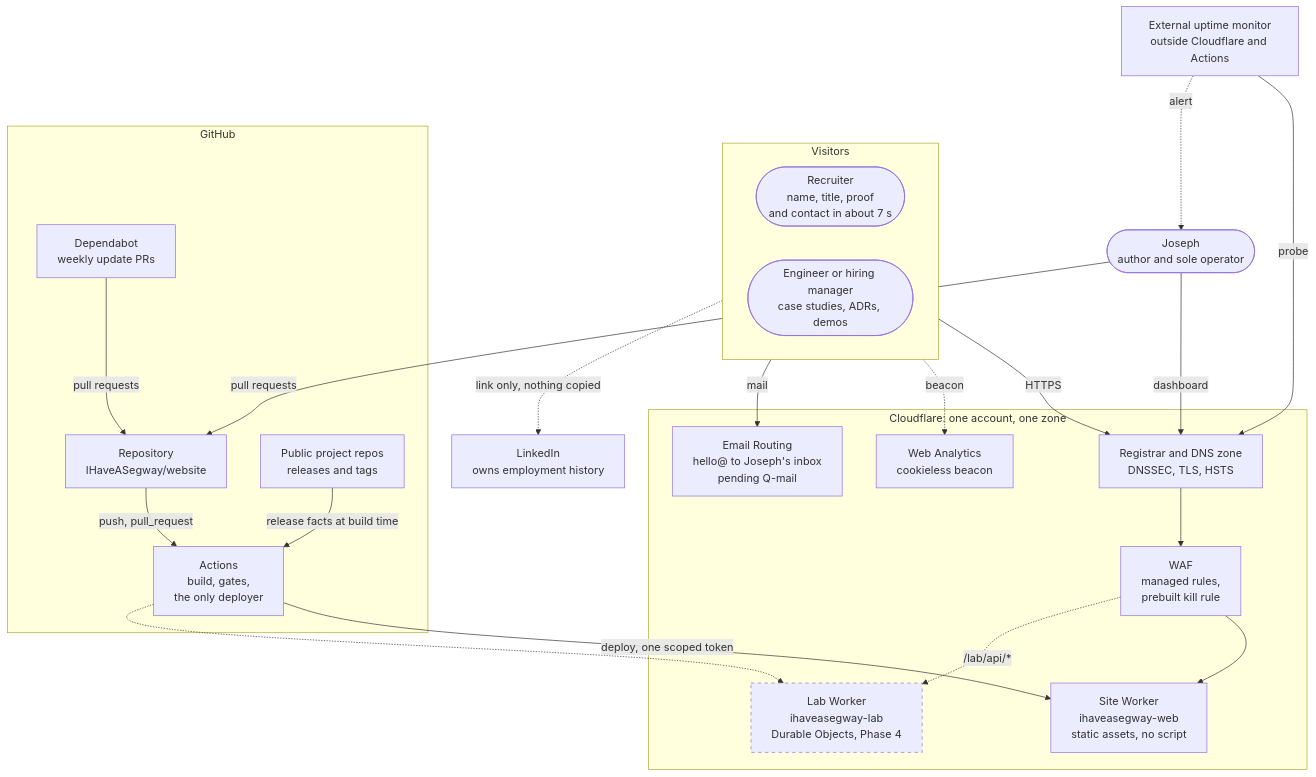
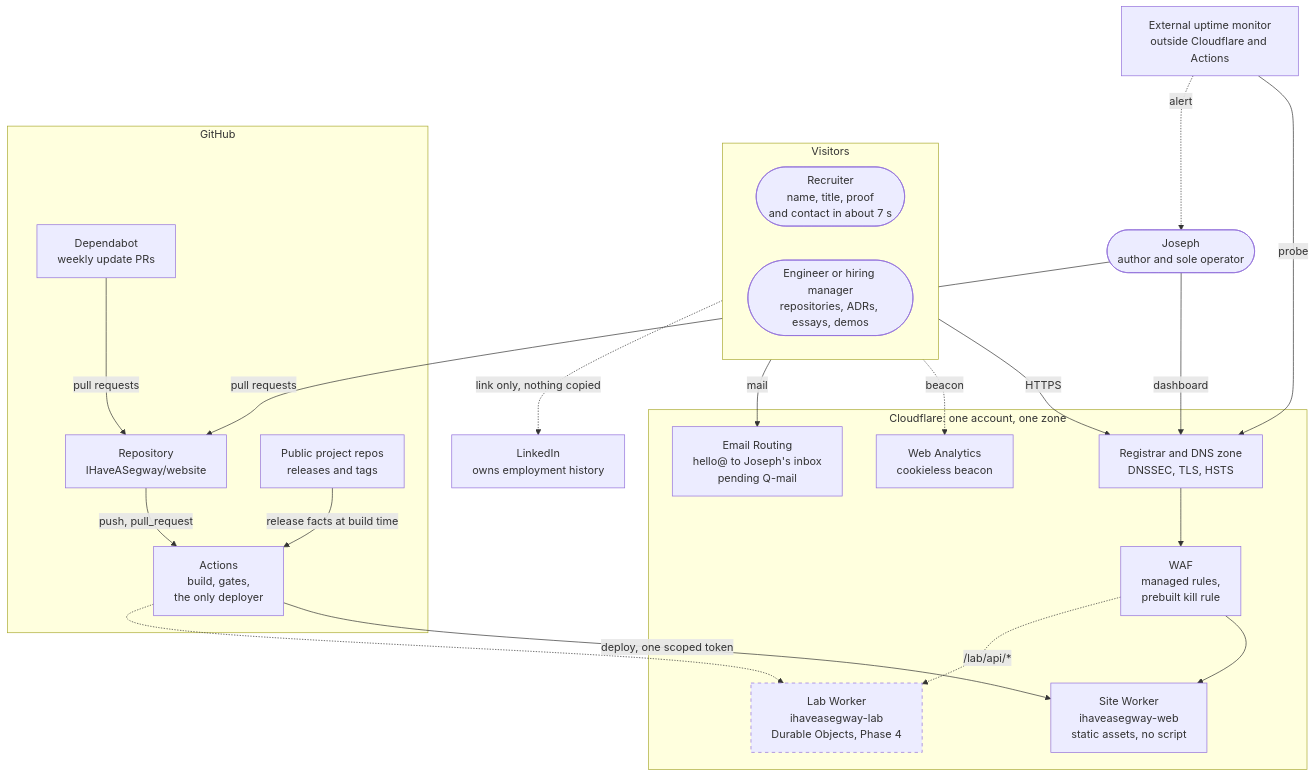
Before and after one commit to IHaveASegway/website: the first of 5 diagrams in docs/architecture.md, drawn with Mermaid. The commit also changed other lines of this file and 14 other files, not shown here.

````diff
--- a/docs/architecture.md
+++ b/docs/architecture.md
@@ -19,46 +19,46 @@
 ```mermaid
 flowchart TB
   subgraph visitors ["Visitors"]
     recruiter(["Recruiter<br/>name, title, proof<br/>and contact in about 7 s"])
-    engineer(["Engineer or hiring manager<br/>case studies, ADRs, demos"])
+    engineer(["Engineer or hiring manager<br/>repositories, ADRs, essays, demos"])
   end
   joseph(["Joseph<br/>author and sole operator"])
   linkedin["LinkedIn<br/>owns employment history"]
   uptime["External uptime monitor<br/>outside Cloudflare and Actions"]
 
   subgraph cloudflare ["Cloudflare: one account, one zone"]
     zone["Registrar and DNS zone<br/>DNSSEC, TLS, HSTS"]
     waf["WAF<br/>managed rules,<br/>prebuilt kill rule"]
     web["Site Worker<br/>ihaveasegway-web<br/>static assets, no script"]
     lab["Lab Worker<br/>ihaveasegway-lab<br/>Durable Objects, Phase 4"]
     analytics["Web Analytics<br/>cookieless beacon"]
     mail["Email Routing<br/>hello@ to Joseph's inbox<br/>pending Q-mail"]
   end
 
   subgraph github ["GitHub"]
     repo["Repository<br/>IHaveASegway/website"]
     actions["Actions<br/>build, gates,<br/>the only deployer"]
     dependabot["Dependabot<br/>weekly update PRs"]
     projects["Public project repos<br/>releases and tags"]
   end
 
   visitors -->|"HTTPS"| zone
   zone --> waf
   waf --> web
   waf -.->|"/lab/api/*"| lab
   visitors -.->|"beacon"| analytics
   visitors -->|"mail"| mail
   visitors -.->|"link only, nothing copied"| linkedin
   joseph -->|"pull requests"| repo
   joseph -->|"dashboard"| zone
   dependabot -->|"pull requests"| repo
   repo -->|"push, pull_request"| actions
   projects -->|"release facts at build time"| actions
   actions -->|"deploy, one scoped token"| web
   actions -.-> lab
   uptime -->|"probe"| zone
   uptime -.->|"alert"| joseph
 
   classDef later stroke-dasharray: 5 5
   class lab later
 ```
````
